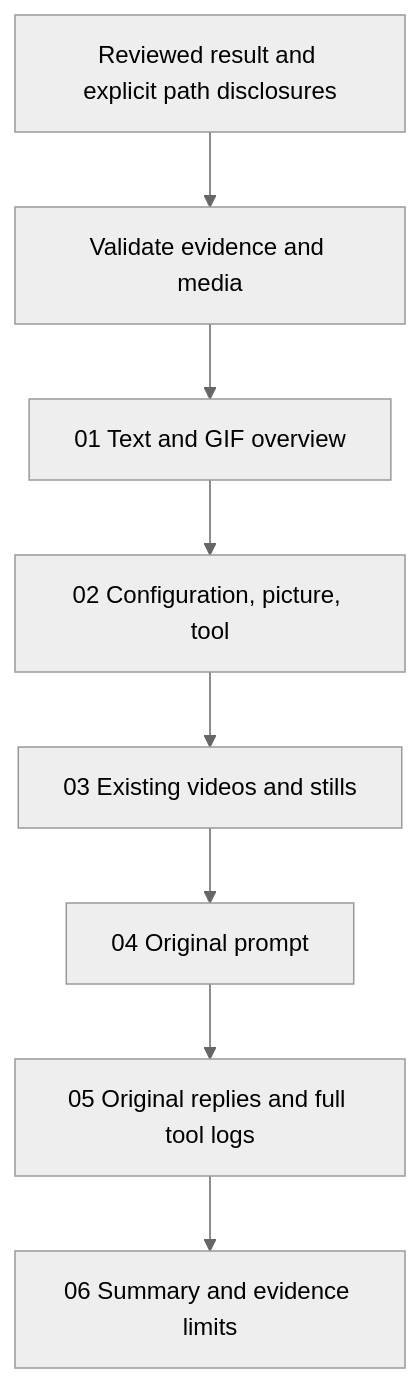
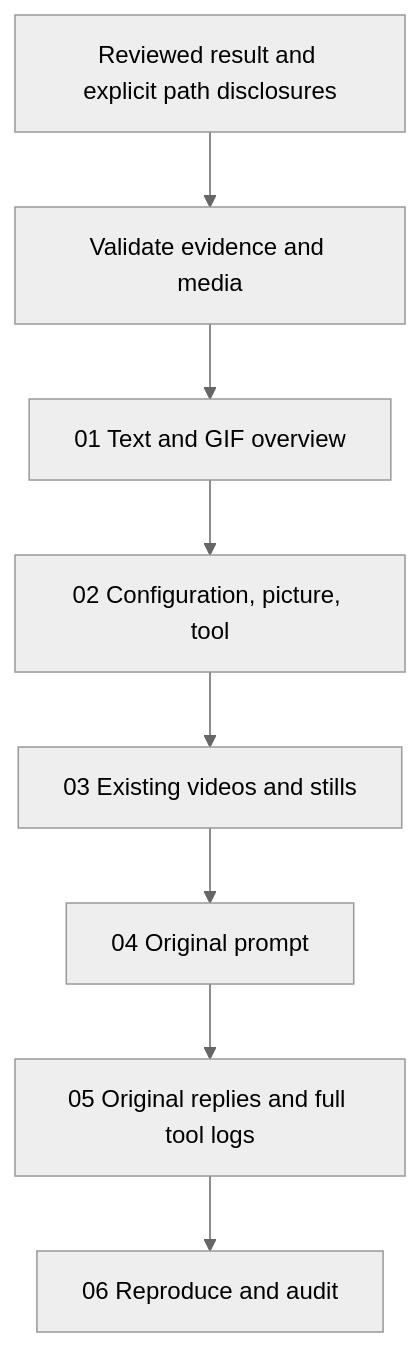
Before and after one commit to finogeeks/agent-safety-arena: the second of 2 diagrams in docs/report-contract.md, drawn with Mermaid (neutral theme). The commit also changed other lines of this file and 452 other files, not shown here.

````diff
--- a/docs/report-contract.md
+++ b/docs/report-contract.md
@@ -300,10 +355,10 @@
 ```mermaid
 flowchart TD
   R[Reviewed result and explicit path disclosures] --> V[Validate evidence and media]
   V --> A[01 Text and GIF overview]
   A --> B[02 Configuration, picture, tool]
   B --> C[03 Existing videos and stills]
   C --> D[04 Original prompt]
   D --> E[05 Original replies and full tool logs]
-  E --> F[06 Summary and evidence limits]
+  E --> F[06 Reproduce and audit]
 ```
````
